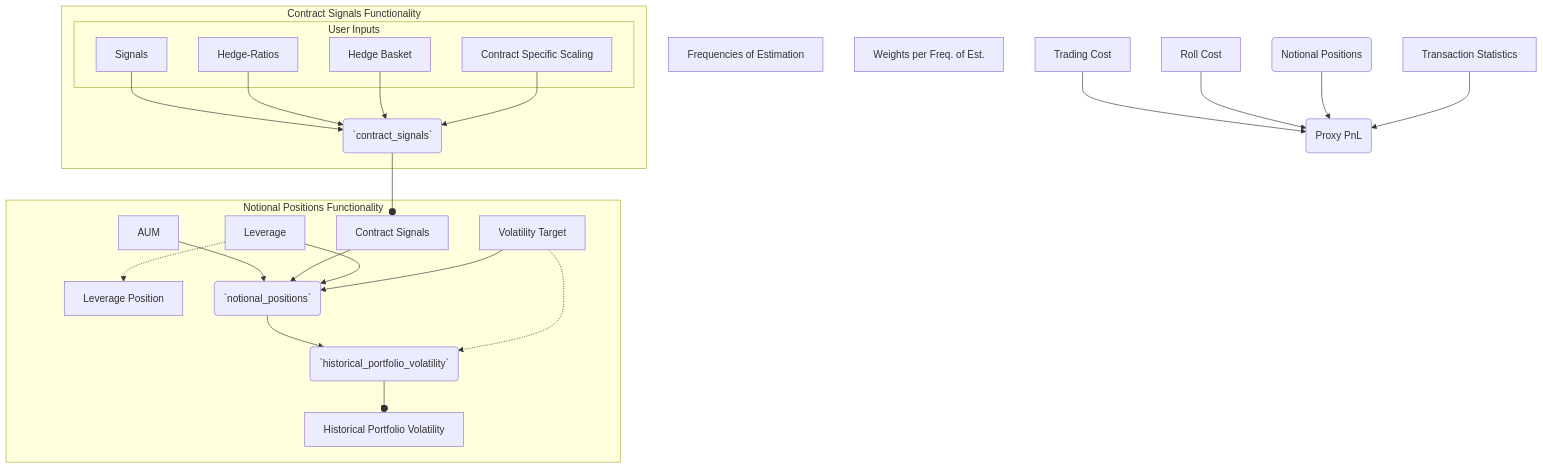
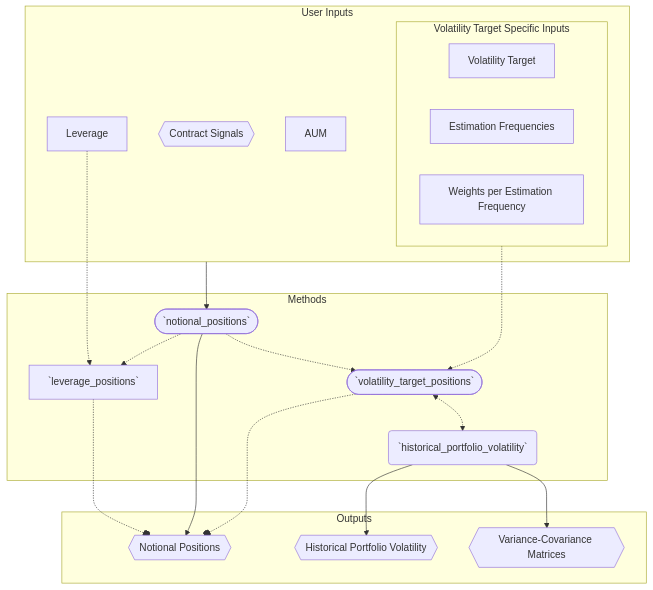
Before and after one commit to macrosynergy/macrosynergy: the second of 4 diagrams in macrosynergy/pnl/README.md, drawn with Mermaid. The commit also changed other lines of this file, not shown here.

````diff
--- a/macrosynergy/pnl/README.md
+++ b/macrosynergy/pnl/README.md
@@ -44,60 +72,55 @@
 ```{mermaid}
-  flowchart TD;
-      Sig[Signals]
-      CSCALES[Contract Specific Scaling]
-      HR[Hedge-Ratios]
-      HB[Hedge Basket]
-      CSfunc(`contract_signals`)
-      CS[Contract Signals]
-      AUM[AUM]
-      LVG[Leverage]
-      LVGP[Leverage Position]
-      VT[Volatility Target]
-      NPfunc(`notional_positions`)
-      NP(Notional Positions)
-      HPVfunc(`historical_portfolio_volatility`)
-      HPV[Historical Portfolio Volatility]
-      TC[Trading Cost]
-      RC[Roll Cost]
-      Distr[Transaction Statistics]
-      PP(Proxy PnL)
-      ESTF[Frequencies of Estimation]
-      ESTW[Weights per Freq. of Est.]
-
-      subgraph "Contract Signals Functionality"
-        subgraph "User Inputs"
-          Sig
-          HR
-          HB
-          CSCALES
-        end
-
-        Sig-->CSfunc
-        HR-->CSfunc
-        HB-->CSfunc
-        CSCALES-->CSfunc
-      end
-        CSfunc--o CS
-
-      subgraph "Notional Positions Functionality"
-        LVG-.->LVGP
-
-        AUM-->NPfunc
-        CS-->NPfunc
-        LVG-->NPfunc
-        VT-->NPfunc
+%%{init: {"flowchart": {"htmlLabels": false}} }%%
+flowchart TD
+  CS{{Contract Signals}}
+  AUM[AUM]
+  LVG[Leverage]
+  LVGfunc[`leverage_positions`]
+  VT[Volatility Target]
+  HPVfunc(`historical_portfolio_volatility`)
+  VTPOSfunc([`volatility_target_positions`])
+  NP{{Notional Positions}}
+  HPV{{Historical Portfolio Volatility}}
+  VCV{{Variance-Covariance Matrices}}
+  ESTF[Estimation Frequencies]
+  ESTW[Weights per Estimation Frequency]
+  NPfunc([`notional_positions`])
+    VT_UINP -.-> VTPOSfunc
+    LVG -.-> LVGfunc
 
 
-        NPfunc-->HPVfunc
-        VT-.->HPVfunc
-        HPVfunc--o HPV
+    subgraph NP_UINP[User Inputs]
+      LVG
+      AUM
+      CS
+      subgraph VT_UINP[Volatility Target Specific Inputs]
+        VT
+        ESTF
+        ESTW
+      end
+    end
+    subgraph NP_METHODS[Methods]
+      NPfunc
 
+      LVGfunc
+      VTPOSfunc
+      HPVfunc
+    end
 
-      end
+    subgraph OUTPUTS[Outputs]
+      NP
+      HPV
+      VCV
+    end
+    NPfunc -.-> VTPOSfunc
 
-      TC-->PP
-      RC-->PP
-      NP-->PP
-      Distr-->PP
+    HPVfunc --> HPV
+    HPVfunc --> VCV
+    NPfunc -.-> LVGfunc
+    VTPOSfunc <-.-> HPVfunc
 
+    LVGfunc -.-o NP
+    NPfunc --> NP
+    VTPOSfunc -.-o NP
+    NP_UINP --> NPfunc
 ```
````
